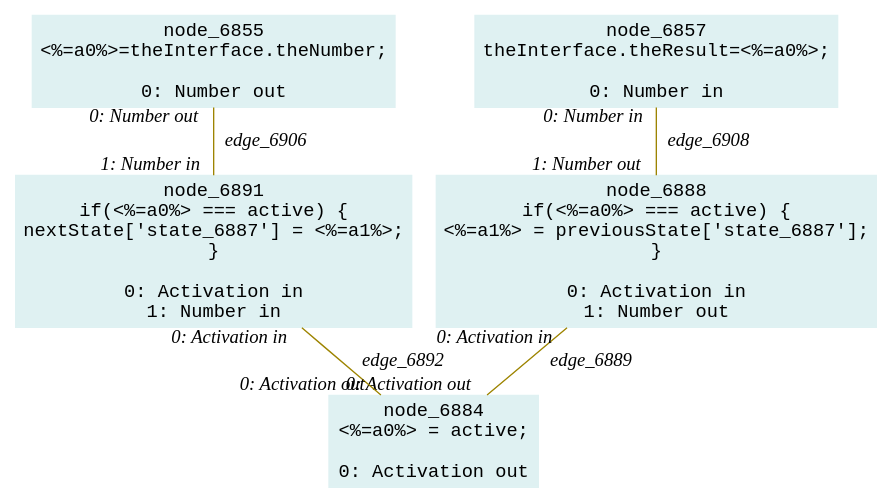
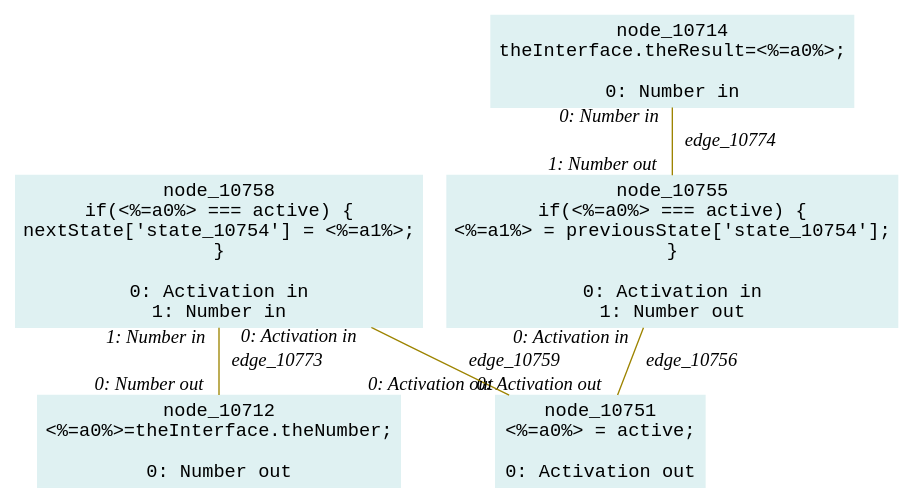
One commit to crubier/lidl changed the diagram in lidl-core/example/ok/simplePreviousNext/dot/45createDataFlowDirection15.dot. Above: the diagram before and after it, drawn with Graphviz. The commit also changed 1586 other files, not shown here.

```diff
--- a/lidl-core/example/ok/simplePreviousNext/dot/45createDataFlowDirection15.dot
+++ b/lidl-core/example/ok/simplePreviousNext/dot/45createDataFlowDirection15.dot
@@ -1,31 +1,31 @@
-digraph g{node_6855 [shape="box", style="filled", color="#dff1f2", fontname="Courier", label="node_6855
+digraph g{node_10712 [shape="box", style="filled", color="#dff1f2", fontname="Courier", label="node_10712
 <%=a0%>=theInterface.theNumber;
 
 0: Number out" ]
-node_6857 [shape="box", style="filled", color="#dff1f2", fontname="Courier", label="node_6857
+node_10714 [shape="box", style="filled", color="#dff1f2", fontname="Courier", label="node_10714
 theInterface.theResult=<%=a0%>;
 
 0: Number in" ]
-node_6884 [shape="box", style="filled", color="#dff1f2", fontname="Courier", label="node_6884
+node_10751 [shape="box", style="filled", color="#dff1f2", fontname="Courier", label="node_10751
 <%=a0%> = active;
 
 0: Activation out" ]
-node_6888 [shape="box", style="filled", color="#dff1f2", fontname="Courier", label="node_6888
+node_10755 [shape="box", style="filled", color="#dff1f2", fontname="Courier", label="node_10755
 if(<%=a0%> === active) {
-<%=a1%> = previousState['state_6887'];
+<%=a1%> = previousState['state_10754'];
 }
 
 0: Activation in
 1: Number out" ]
-node_6891 [shape="box", style="filled", color="#dff1f2", fontname="Courier", label="node_6891
+node_10758 [shape="box", style="filled", color="#dff1f2", fontname="Courier", label="node_10758
 if(<%=a0%> === active) {
-nextState['state_6887'] = <%=a1%>;
+nextState['state_10754'] = <%=a1%>;
 }
 
 0: Activation in
 1: Number in" ]
-node_6888 -> node_6884 [dir=none, arrowHead=none, fontname="Times-Italic", arrowsize=1, color="#9d8400", label="edge_6889",  headlabel="0: Activation out", taillabel="0: Activation in" ]
-node_6891 -> node_6884 [dir=none, arrowHead=none, fontname="Times-Italic", arrowsize=1, color="#9d8400", label="edge_6892",  headlabel="0: Activation out", taillabel="0: Activation in" ]
-node_6855 -> node_6891 [dir=none, arrowHead=none, fontname="Times-Italic", arrowsize=1, color="#9d8400", label="edge_6906",  headlabel="1: Number in", taillabel="0: Number out" ]
-node_6857 -> node_6888 [dir=none, arrowHead=none, fontname="Times-Italic", arrowsize=1, color="#9d8400", label="edge_6908",  headlabel="1: Number out", taillabel="0: Number in" ]
+node_10755 -> node_10751 [dir=none, arrowHead=none, fontname="Times-Italic", arrowsize=1, color="#9d8400", label="edge_10756",  headlabel="0: Activation out", taillabel="0: Activation in" ]
+node_10758 -> node_10751 [dir=none, arrowHead=none, fontname="Times-Italic", arrowsize=1, color="#9d8400", label="edge_10759",  headlabel="0: Activation out", taillabel="0: Activation in" ]
+node_10758 -> node_10712 [dir=none, arrowHead=none, fontname="Times-Italic", arrowsize=1, color="#9d8400", label="edge_10773",  headlabel="0: Number out", taillabel="1: Number in" ]
+node_10714 -> node_10755 [dir=none, arrowHead=none, fontname="Times-Italic", arrowsize=1, color="#9d8400", label="edge_10774",  headlabel="1: Number out", taillabel="0: Number in" ]
 }
```
